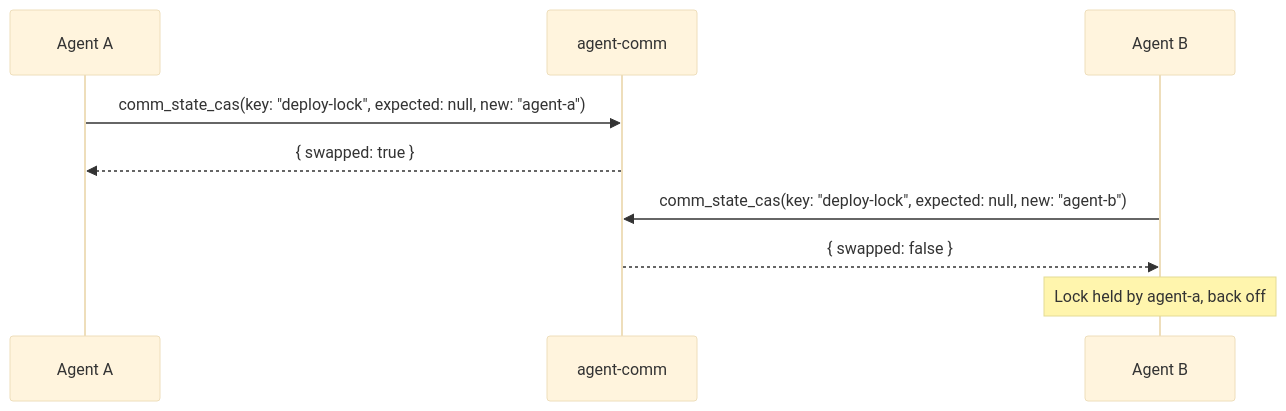
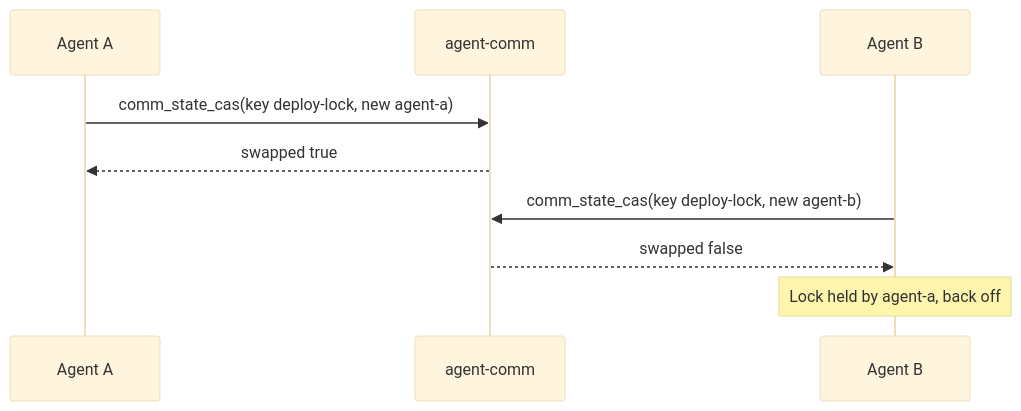
The third of 3 diagrams in README.md (keshrath/agent-comm), drawn with Mermaid (base theme) before and after one commit. The commit also changed other lines of this file and 2 other files, not shown here.

Commit message:
v1.0.8: fix mermaid diagrams for GitHub rendering

````diff
--- a/README.md
+++ b/README.md
@@ -202,12 +210,12 @@
 ```mermaid
 sequenceDiagram
     participant A as Agent A
     participant S as agent-comm
     participant B as Agent B
 
-    A->>S: comm_state_cas(key: "deploy-lock", expected: null, new: "agent-a")
-    S-->>A: { swapped: true }
-    B->>S: comm_state_cas(key: "deploy-lock", expected: null, new: "agent-b")
-    S-->>B: { swapped: false }
+    A->>S: comm_state_cas(key deploy-lock, new agent-a)
+    S-->>A: swapped true
+    B->>S: comm_state_cas(key deploy-lock, new agent-b)
+    S-->>B: swapped false
     Note over B: Lock held by agent-a, back off
 ```
````
